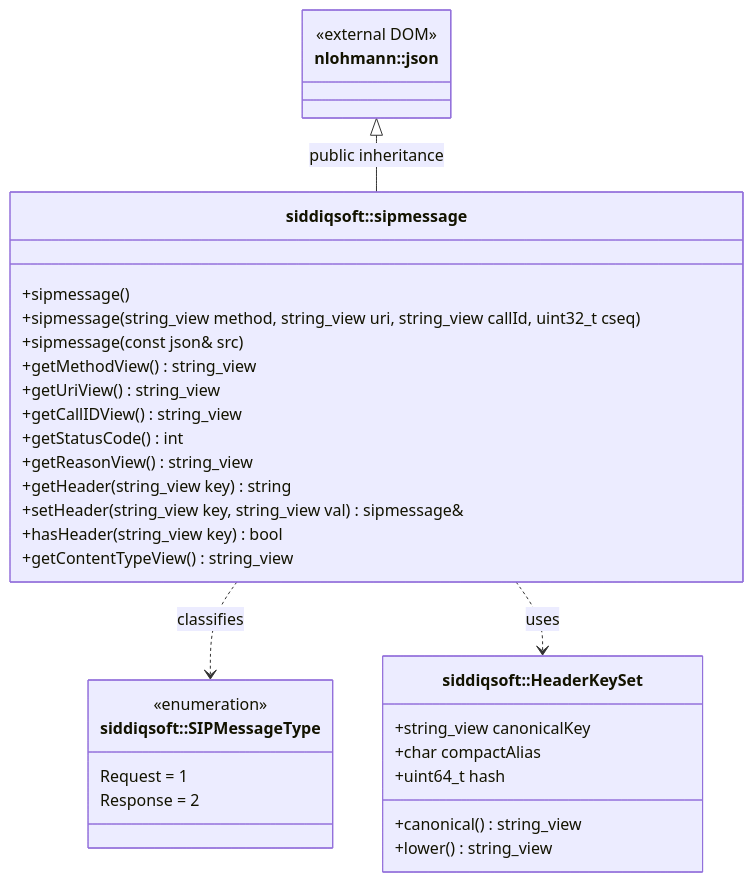
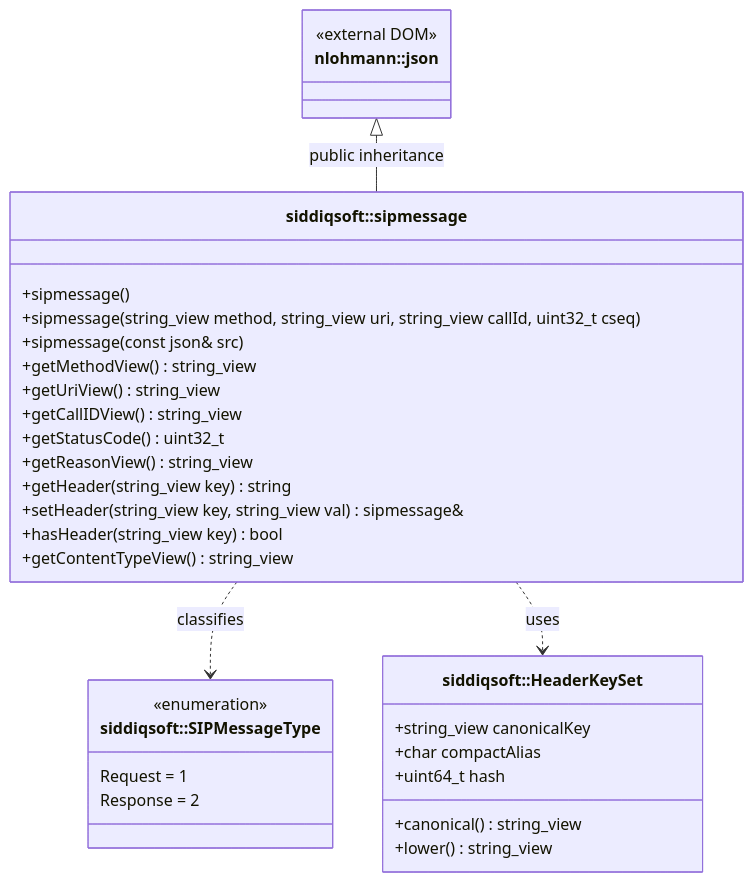
Before and after one commit to SiddiqSoft/sip2json: the diagram in docs/api/sipmessage.md, drawn with Mermaid. The commit also changed 14 other files, not shown here.

````diff
--- a/docs/api/sipmessage.md
+++ b/docs/api/sipmessage.md
@@ -14,55 +14,55 @@
 ```mermaid
 classDiagram
     direction TB
 
     classDef coreClass fill:rgba(35,73,109,0.08),stroke:#23496d,stroke-width:2px;
     classDef enumClass fill:rgba(109,40,217,0.06),stroke:#6d28d9,stroke-width:1.5px;
     classDef externalClass fill:rgba(100,116,139,0.06),stroke:#64748b,stroke-width:1.5px,stroke-dasharray: 4 3;
     classDef highlightClass fill:rgba(2,132,199,0.18),stroke:#0284c7,stroke-width:3px;
 
     class json["nlohmann::json"] {
         <<external DOM>>
     }
     class json:::externalClass
 
     class sipmessage["siddiqsoft::sipmessage"] {
         +sipmessage()
         +sipmessage(string_view method, string_view uri, string_view callId, uint32_t cseq)
         +sipmessage(const json& src)
         +getMethodView() string_view
         +getUriView() string_view
         +getCallIDView() string_view
-        +getStatusCode() int
+        +getStatusCode() uint32_t
         +getReasonView() string_view
         +getHeader(string_view key) string
         +setHeader(string_view key, string_view val) sipmessage&
         +hasHeader(string_view key) bool
         +getContentTypeView() string_view
     }
     class sipmessage:::highlightClass
 
     class HeaderKeySet["siddiqsoft::HeaderKeySet"] {
         +string_view canonicalKey
         +char compactAlias
         +uint64_t hash
         +canonical() string_view
         +lower() string_view
     }
     class HeaderKeySet:::coreClass
 
     class SIPMessageType["siddiqsoft::SIPMessageType"] {
         <<enumeration>>
         Request = 1
         Response = 2
     }
     class SIPMessageType:::enumClass
 
     json <|-- sipmessage : public inheritance
     sipmessage ..> SIPMessageType : classifies
     sipmessage ..> HeaderKeySet : uses
 
     link sipmessage "https://github.com/SiddiqSoft/sip2json/blob/master/include/siddiqsoft/sipmessage.hpp" "Source: include/siddiqsoft/sipmessage.hpp"
     link json "https://github.com/nlohmann/json" "External: nlohmann/json"
     link HeaderKeySet "https://github.com/SiddiqSoft/sip2json/blob/master/include/siddiqsoft/private/sip2json_header_keys.hpp" "Source: include/siddiqsoft/private/sip2json_header_keys.hpp"
     link SIPMessageType "https://github.com/SiddiqSoft/sip2json/blob/master/include/siddiqsoft/sipmessage.hpp" "Source: include/siddiqsoft/sipmessage.hpp"
 ```
````
